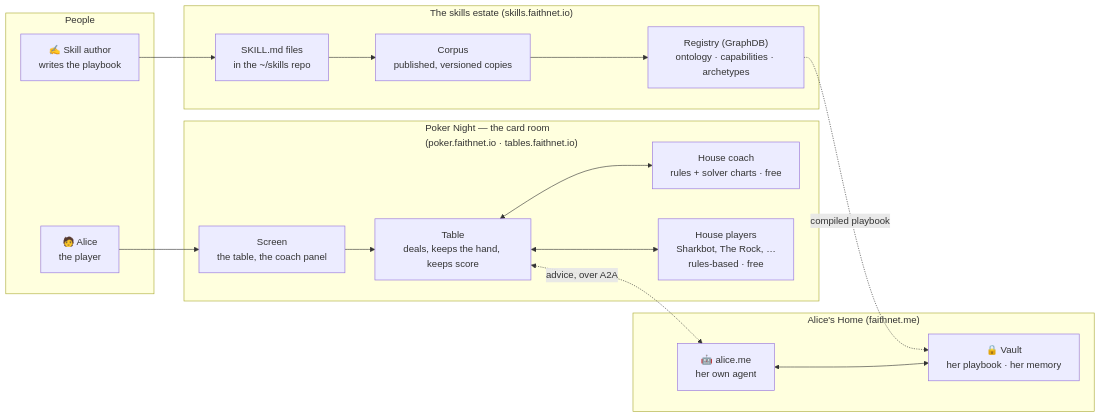
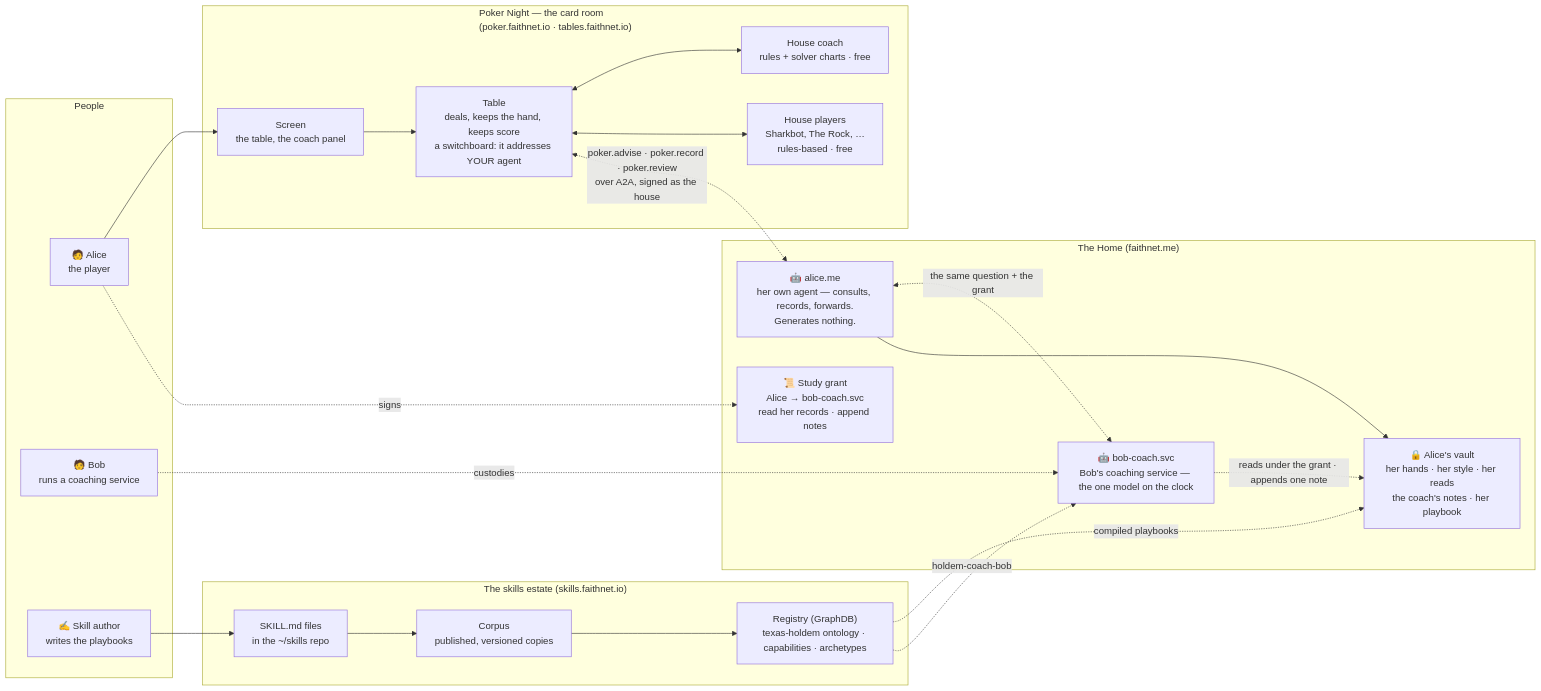
Before and after one commit to agentictrustlabs/pokernight: the first of 5 diagrams in docs/ARCHITECTURE-ADVISER.md, drawn with Mermaid. The commit also changed other lines of this file and 23 other files, not shown here.

````diff
--- a/docs/ARCHITECTURE-ADVISER.md
+++ b/docs/ARCHITECTURE-ADVISER.md
@@ -17,29 +17,37 @@
 ```mermaid
 flowchart LR
     subgraph People["People"]
         Alice["🧑 Alice<br/>the player"]
-        Author["✍️ Skill author<br/>writes the playbook"]
+        Bob["🧑 Bob<br/>runs a coaching service"]
+        Author["✍️ Skill author<br/>writes the playbooks"]
     end
     subgraph Room["Poker Night — the card room<br/>(poker.faithnet.io · tables.faithnet.io)"]
         Screen["Screen<br/>the table, the coach panel"]
-        Table["Table<br/>deals, keeps the hand, keeps score"]
+        Table["Table<br/>deals, keeps the hand, keeps score<br/>a switchboard: it addresses YOUR agent"]
         HouseCoach["House coach<br/>rules + solver charts · free"]
         Personas["House players<br/>Sharkbot, The Rock, …<br/>rules-based · free"]
     end
-    subgraph Home["Alice's Home (faithnet.me)"]
-        Agent["🤖 alice.me<br/>her own agent"]
-        Vault["🔒 Vault<br/>her playbook · her memory"]
+    subgraph Home["The Home (faithnet.me)"]
+        Agent["🤖 alice.me<br/>her own agent — consults, records, forwards.<br/>Generates nothing."]
+        Vault["🔒 Alice's vault<br/>her hands · her style · her reads<br/>the coach's notes · her playbook"]
+        Coach["🤖 bob-coach.svc<br/>Bob's coaching service — the one model on the clock"]
+        Grant["📜 Study grant<br/>Alice → bob-coach.svc<br/>read her records · append notes"]
     end
     subgraph Skills["The skills estate (skills.faithnet.io)"]
         Repo["SKILL.md files<br/>in the ~/skills repo"]
         Corpus["Corpus<br/>published, versioned copies"]
-        Registry["Registry (GraphDB)<br/>ontology · capabilities · archetypes"]
+        Registry["Registry (GraphDB)<br/>texas-holdem ontology · capabilities · archetypes"]
     end
     Author --> Repo --> Corpus --> Registry
-    Registry -. "compiled playbook" .-> Vault
+    Registry -. "compiled playbooks" .-> Vault
+    Registry -. "holdem-coach-bob" .-> Coach
+    Bob -. custodies .-> Coach
     Alice --> Screen --> Table
     Table <--> HouseCoach
     Table <--> Personas
-    Table <-. "advice, over A2A" .-> Agent
-    Agent <--> Vault
+    Table <-. "poker.advise · poker.record · poker.review<br/>over A2A, signed as the house" .-> Agent
+    Agent <-. "the same question + the grant" .-> Coach
+    Coach -. "reads under the grant · appends one note" .-> Vault
+    Agent --> Vault
+    Alice -. signs .-> Grant
 ```
````
